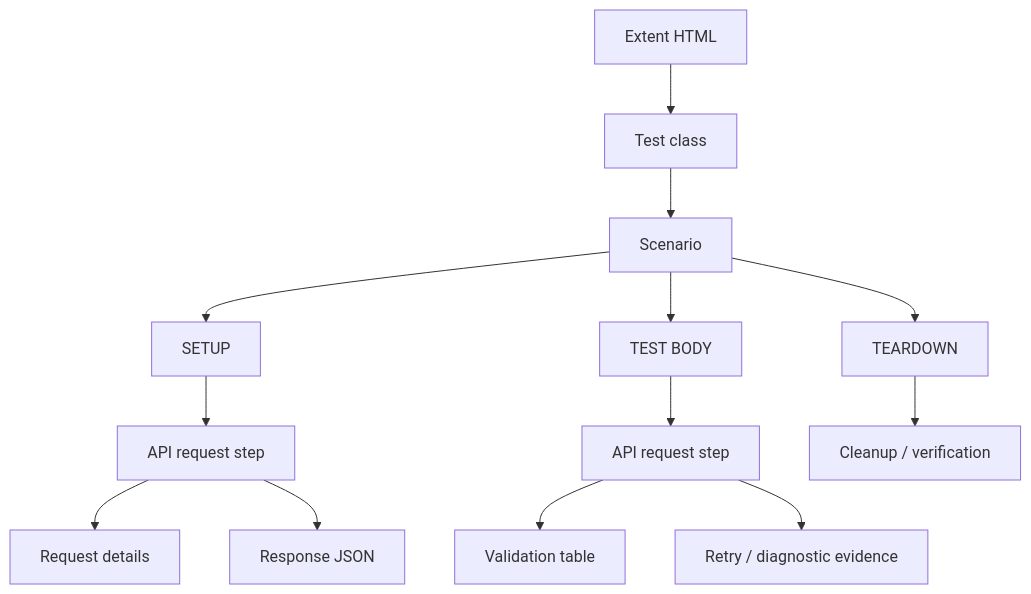
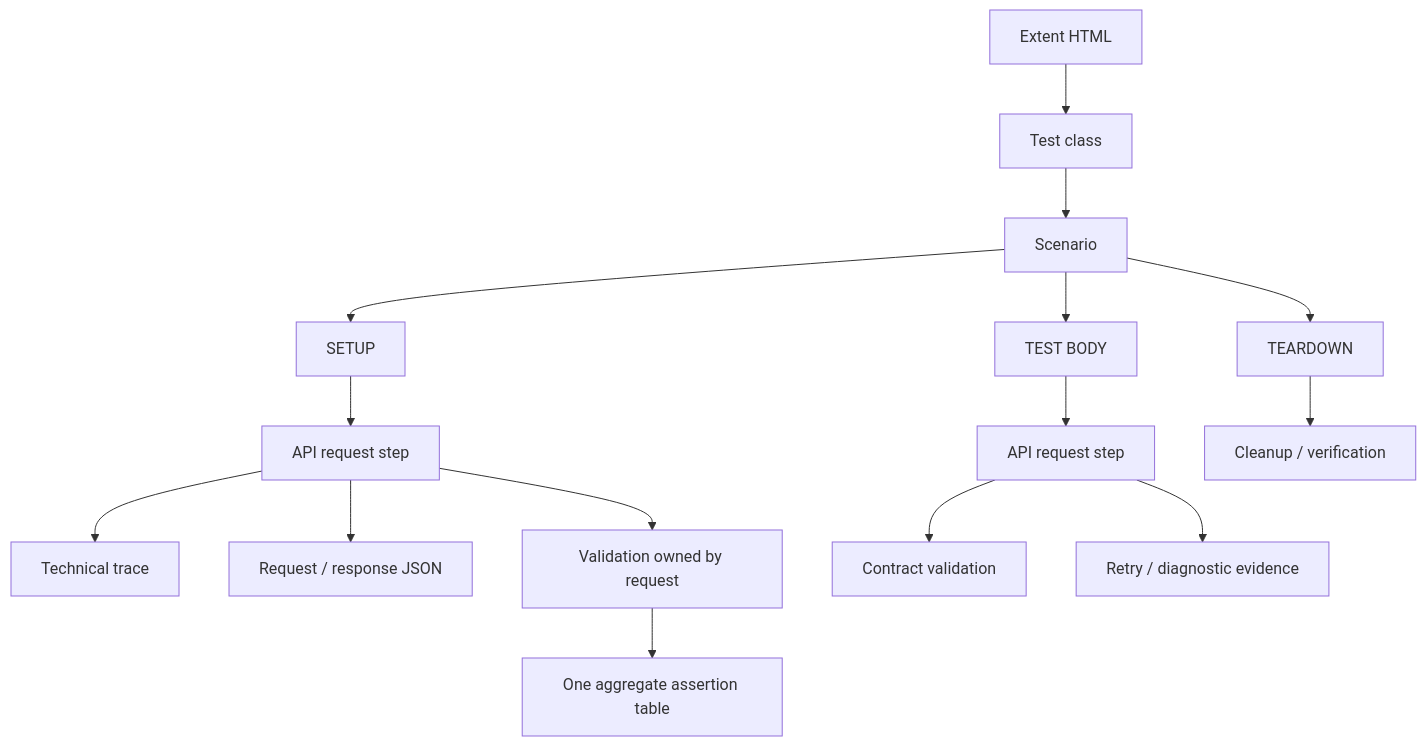
Before and after one commit to crististefanita/CS1: the second of 8 diagrams in README.md, drawn with Mermaid. The commit also changed other lines of this file and 64 other files, not shown here.

Commit message:
Refine API and reporting architecture

````diff
--- a/README.md
+++ b/README.md
@@ -97,15 +97,17 @@
 ```mermaid
 flowchart TD
     A[Extent HTML] --> B[Test class]
     B --> C[Scenario]
     C --> D[SETUP]
     C --> E[TEST BODY]
     C --> F[TEARDOWN]
     D --> G[API request step]
     E --> H[API request step]
     F --> I[Cleanup / verification]
-    G --> J[Request details]
-    G --> K[Response JSON]
-    H --> L[Validation table]
+    G --> J[Technical trace]
+    G --> K[Request / response JSON]
+    H --> L[Contract validation]
     H --> M[Retry / diagnostic evidence]
+    G --> N[Validation owned by request]
+    N --> O[One aggregate assertion table]
 ```
````
